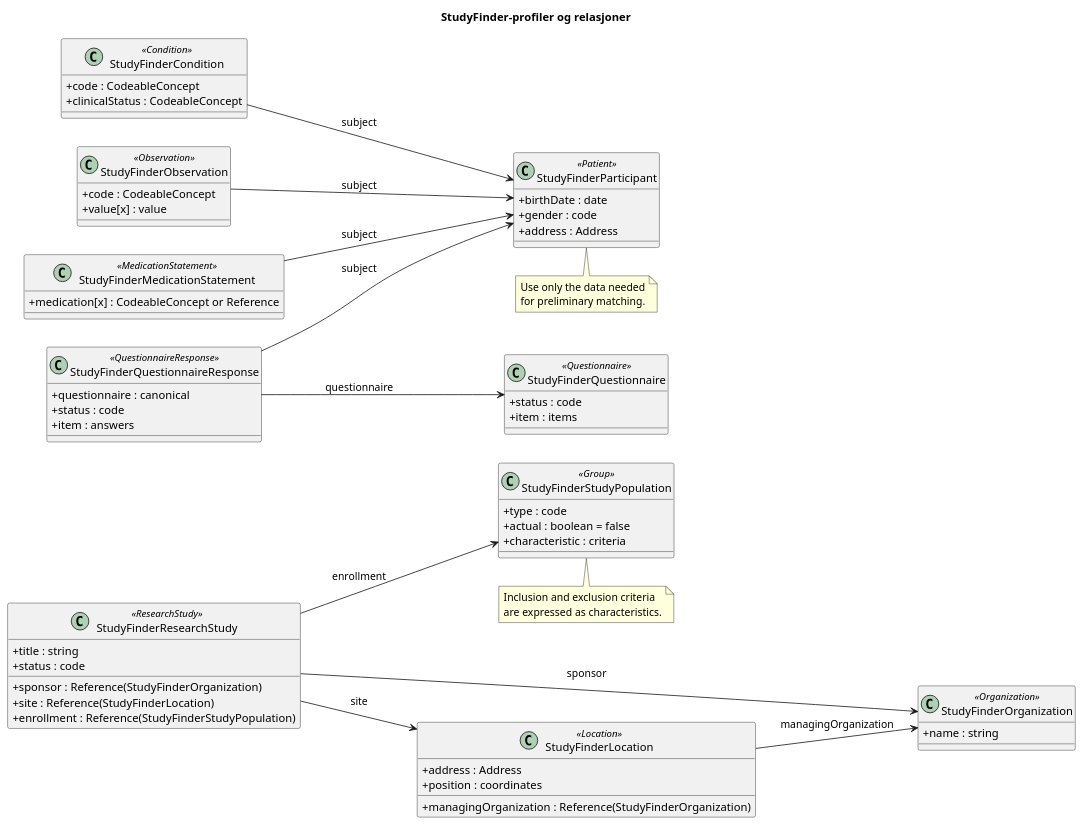
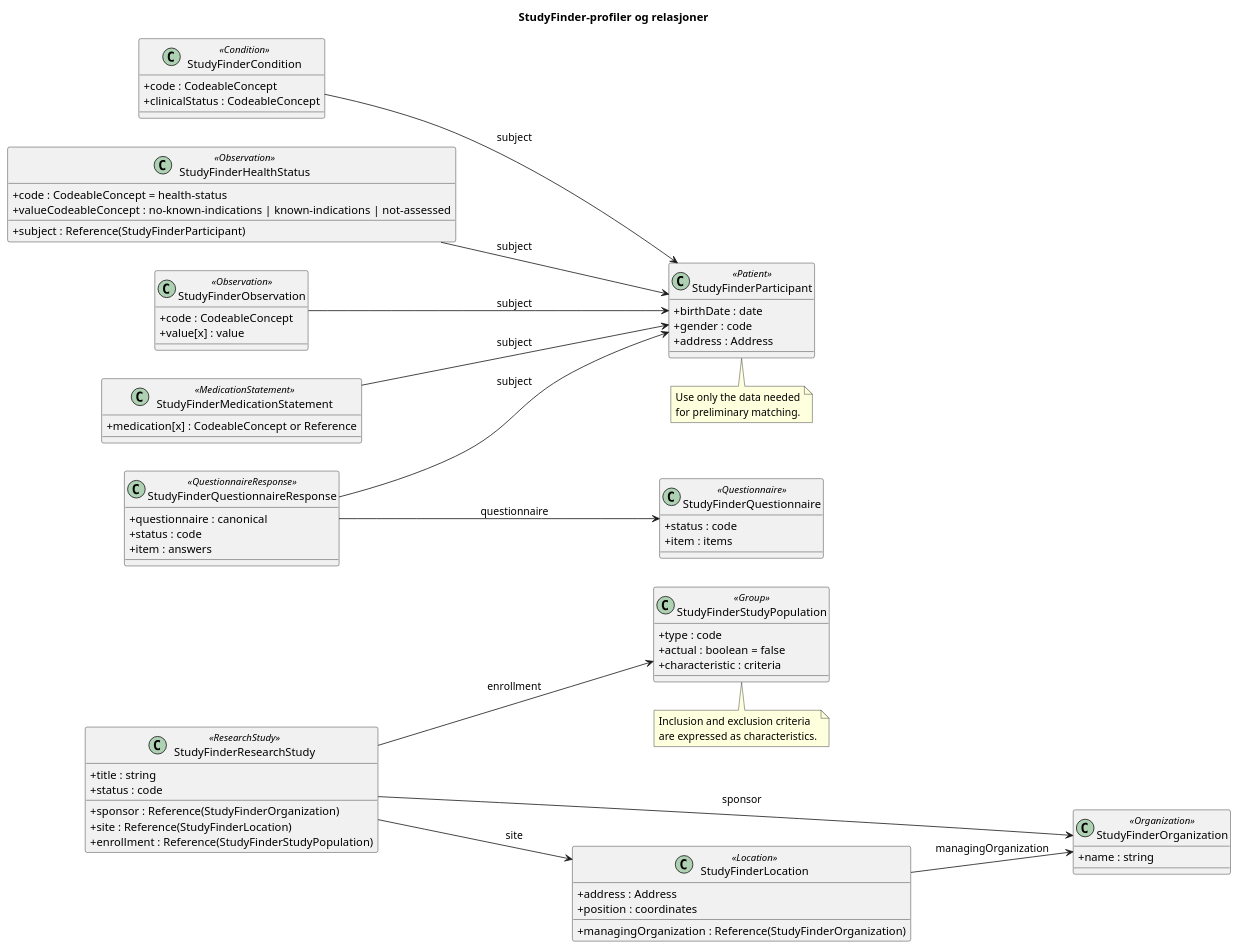
One commit to PaulRylandsholm/ig-mal changed the diagram in lab-ig/input/images/test.puml. Above: the diagram before and after it, drawn with PlantUML. The commit also changed 1 other file, not shown here.

Commit message:
Add explicit participant health status

```diff
--- a/lab-ig/input/images/test.puml
+++ b/lab-ig/input/images/test.puml
@@ -1,81 +1,88 @@
 @startuml
 title StudyFinder-profiler og relasjoner
 left to right direction
 skinparam classAttributeIconSize 0
 skinparam shadowing false
 
 class StudyFinderResearchStudy <<ResearchStudy>> {
     +title : string
     +status : code
     +sponsor : Reference(StudyFinderOrganization)
     +site : Reference(StudyFinderLocation)
     +enrollment : Reference(StudyFinderStudyPopulation)
 }
 
 class StudyFinderStudyPopulation <<Group>> {
     +type : code
     +actual : boolean = false
     +characteristic : criteria
 }
 
 class StudyFinderOrganization <<Organization>> {
     +name : string
 }
 
 class StudyFinderLocation <<Location>> {
     +address : Address
     +position : coordinates
     +managingOrganization : Reference(StudyFinderOrganization)
 }
 
 class StudyFinderParticipant <<Patient>> {
     +birthDate : date
     +gender : code
     +address : Address
 }
 
 class StudyFinderCondition <<Condition>> {
     +code : CodeableConcept
     +clinicalStatus : CodeableConcept
 }
 
+class StudyFinderHealthStatus <<Observation>> {
+    +code : CodeableConcept = health-status
+    +valueCodeableConcept : no-known-indications | known-indications | not-assessed
+    +subject : Reference(StudyFinderParticipant)
+}
+
 class StudyFinderObservation <<Observation>> {
     +code : CodeableConcept
     +value[x] : value
 }
 
 class StudyFinderMedicationStatement <<MedicationStatement>> {
     +medication[x] : CodeableConcept or Reference
 }
 
 class StudyFinderQuestionnaire <<Questionnaire>> {
     +status : code
     +item : items
 }
 
 class StudyFinderQuestionnaireResponse <<QuestionnaireResponse>> {
     +questionnaire : canonical
     +status : code
     +item : answers
 }
 
 StudyFinderResearchStudy --> StudyFinderOrganization : sponsor
 StudyFinderResearchStudy --> StudyFinderLocation : site
 StudyFinderResearchStudy --> StudyFinderStudyPopulation : enrollment
 StudyFinderLocation --> StudyFinderOrganization : managingOrganization
 StudyFinderQuestionnaireResponse --> StudyFinderQuestionnaire : questionnaire
 StudyFinderQuestionnaireResponse --> StudyFinderParticipant : subject
 StudyFinderCondition --> StudyFinderParticipant : subject
+StudyFinderHealthStatus --> StudyFinderParticipant : subject
 StudyFinderObservation --> StudyFinderParticipant : subject
 StudyFinderMedicationStatement --> StudyFinderParticipant : subject
 
 note bottom of StudyFinderStudyPopulation
     Inclusion and exclusion criteria
     are expressed as characteristics.
 end note
 
 note bottom of StudyFinderParticipant
     Use only the data needed
     for preliminary matching.
 end note
 @enduml
```
